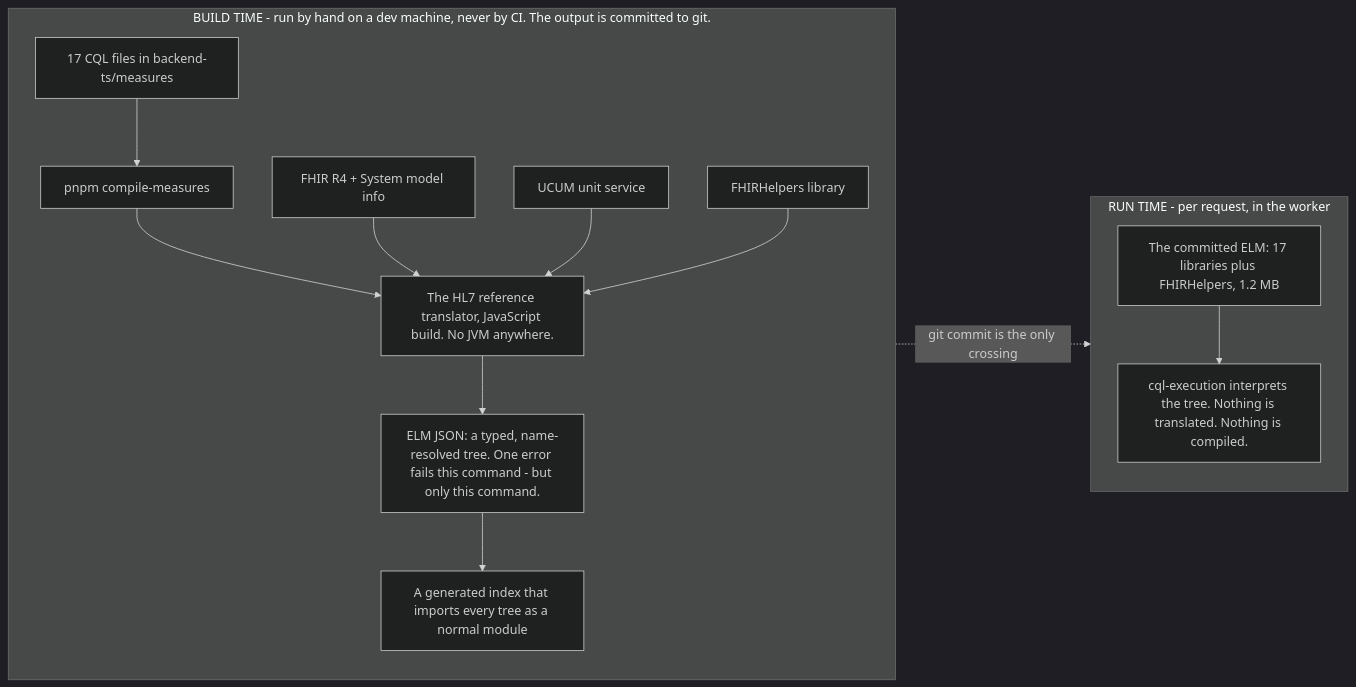
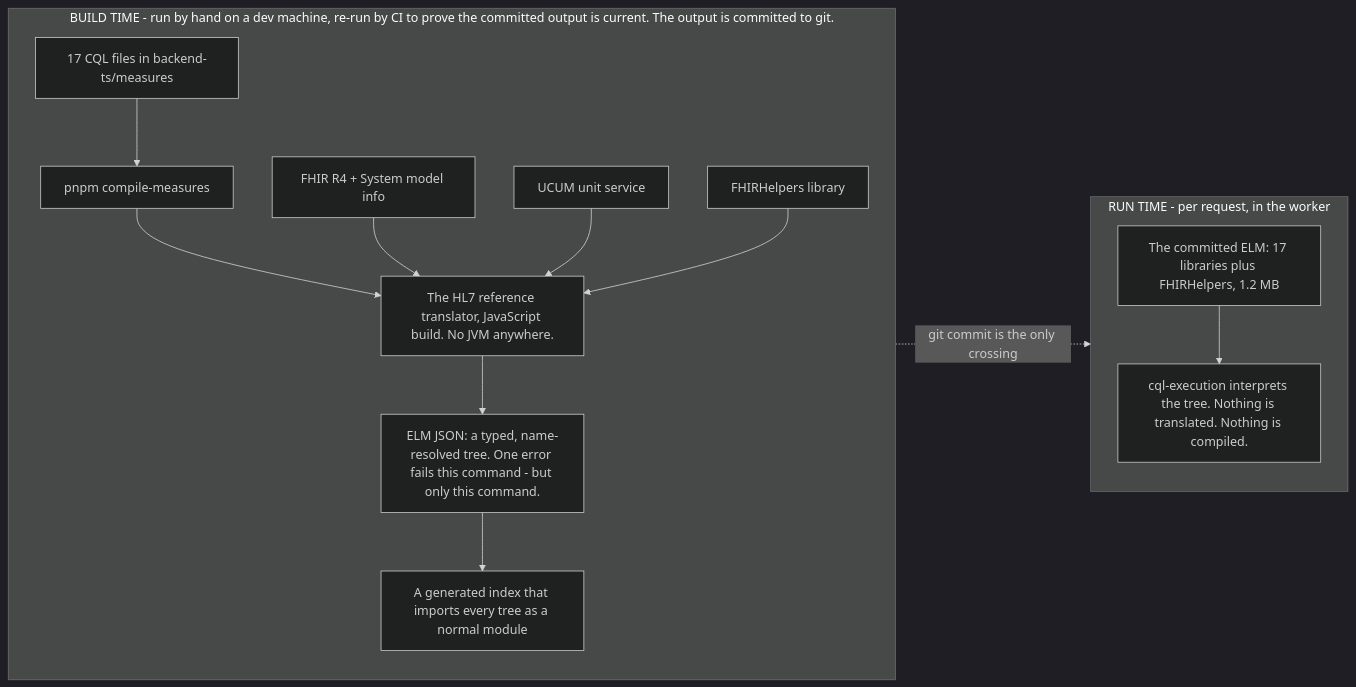
The first of 2 diagrams in docs/guide/03-compiler-and-elm.md (Taleef7/workwell), drawn with Mermaid (dark theme) before and after one commit. The commit also changed other lines of this file and 11 other files, not shown here.

````diff
--- a/docs/guide/03-compiler-and-elm.md
+++ b/docs/guide/03-compiler-and-elm.md
@@ -16,25 +19,25 @@
 ```mermaid
 flowchart LR
-  subgraph BT["BUILD TIME - run by hand on a dev machine, never by CI. The output is committed to git."]
+  subgraph BT["BUILD TIME - run by hand on a dev machine, re-run by CI to prove the committed output is current. The output is committed to git."]
     direction TB
     B1["17 CQL files in backend-ts/measures"]
     B2["pnpm compile-measures"]
     B3["The HL7 reference translator, JavaScript build. No JVM anywhere."]
     B4["FHIR R4 + System model info"]
     B5["UCUM unit service"]
     B6["FHIRHelpers library"]
     B7["ELM JSON: a typed, name-resolved tree. One error fails this command - but only this command."]
     B8["A generated index that imports every tree as a normal module"]
     B1 --> B2 --> B3 --> B7 --> B8
     B4 --> B3
     B5 --> B3
     B6 --> B3
   end
   subgraph RT["RUN TIME - per request, in the worker"]
     direction TB
     R1["The committed ELM: 17 libraries plus FHIRHelpers, 1.2 MB"]
     R2["cql-execution interprets the tree. Nothing is translated. Nothing is compiled."]
     R1 --> R2
   end
   B8 -. "git commit is the only crossing" .-> R1
 ```
````
